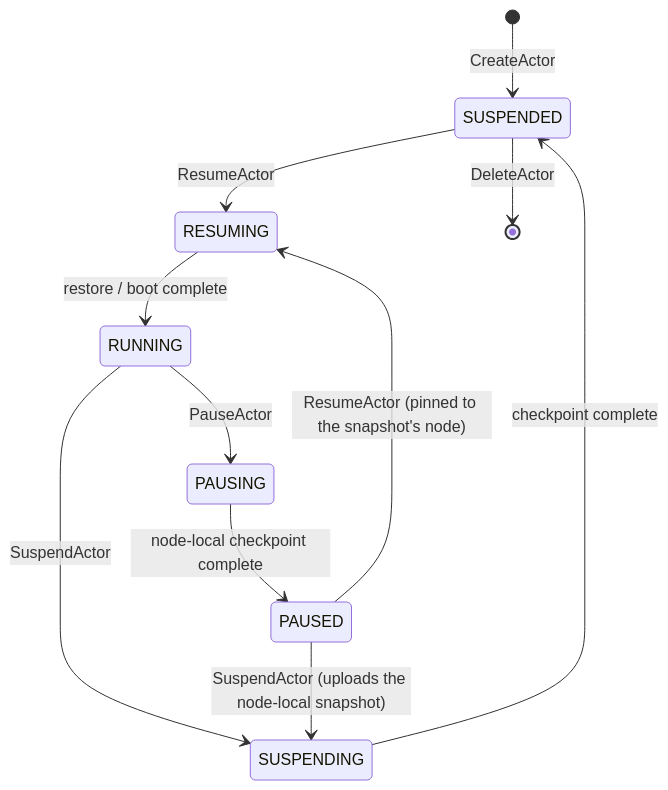
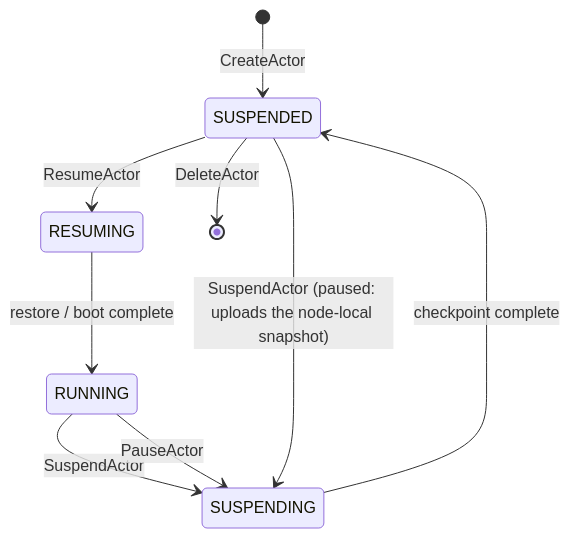
The third of 3 diagrams in docs/architecture.md (AlbeeSo/substrate), drawn with Mermaid before and after one commit. The commit also changed other lines of this file and 36 other files, not shown here.

````diff
--- a/docs/architecture.md
+++ b/docs/architecture.md
@@ -417,13 +417,11 @@
 ```mermaid
 stateDiagram-v2
     [*] --> SUSPENDED : CreateActor
     SUSPENDED --> RESUMING : ResumeActor
     RESUMING --> RUNNING : restore / boot complete
     RUNNING --> SUSPENDING : SuspendActor
     SUSPENDING --> SUSPENDED : checkpoint complete
-    RUNNING --> PAUSING : PauseActor
-    PAUSING --> PAUSED : node-local checkpoint complete
-    PAUSED --> RESUMING : ResumeActor (pinned to the snapshot's node)
-    PAUSED --> SUSPENDING : SuspendActor (uploads the node-local snapshot)
+    RUNNING --> SUSPENDING : PauseActor
+    SUSPENDED --> SUSPENDING : SuspendActor (paused: uploads the node-local snapshot)
     SUSPENDED --> [*] : DeleteActor
 ```
````
